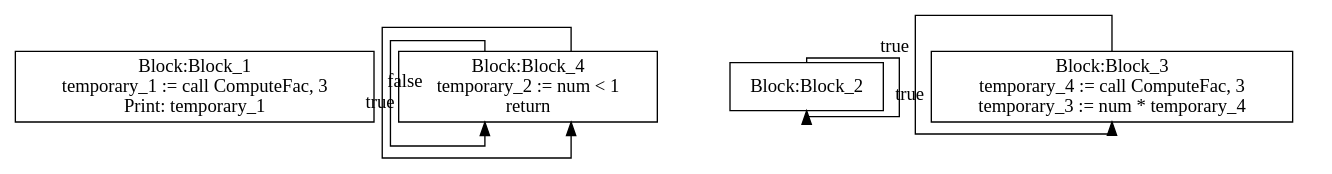
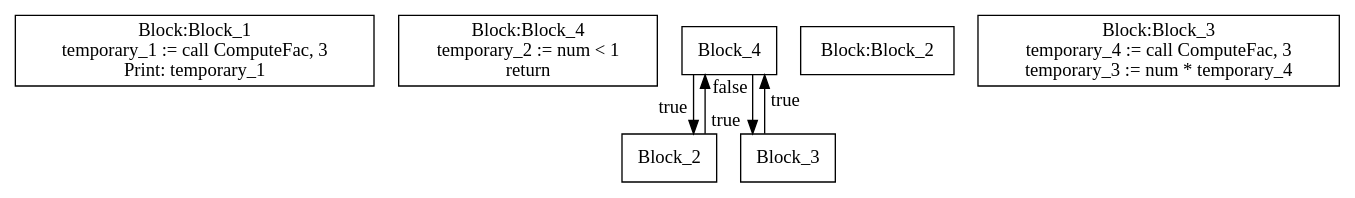
Before and after one commit to moondog-matthew/compiler-dv1655: the diagram in lab3/CFG-tree.dot, drawn with Graphviz. The commit also changed 4 other files, not shown here.

Commit message:
Fixed graphical pointer bug cfg.cpp. Now cfg.pdf makes more sense

```diff
--- a/lab3/CFG-tree.dot
+++ b/lab3/CFG-tree.dot
@@ -1,18 +1,18 @@
 digraph {
 graph [ splines = ortho ]
 	node [ shape = box ];
 block_0 [label="Block:Block_1
 temporary_1 := call ComputeFac, 3
 Print: temporary_1"];
 block_1 [label="Block:Block_4
 temporary_2 := num < 1
 return "];
-block_1 -> block_1 [xlabel = "true"]
+Block_4 -> Block_2 [xlabel = "true"]
 block_2 [label="Block:Block_2"];
-block_2 -> block_2 [xlabel = "true"]
+Block_2 -> Block_4 [xlabel = "true"]
 block_3 [label="Block:Block_3
 temporary_4 := call ComputeFac, 3
 temporary_3 := num * temporary_4"];
-block_3 -> block_3 [xlabel = "true"]
-block_1 -> block_1 [xlabel = "false"]
+Block_3 -> Block_4 [xlabel = "true"]
+Block_4 -> Block_3 [xlabel = "false"]
 }
```
